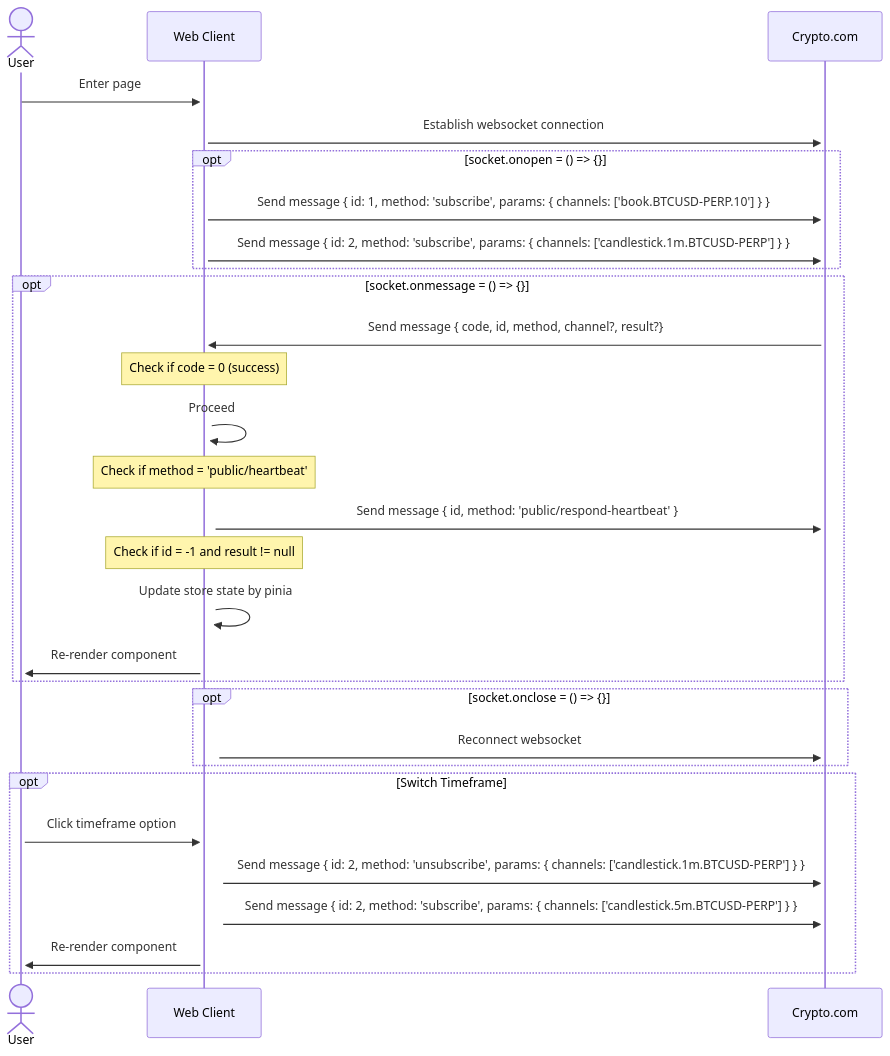
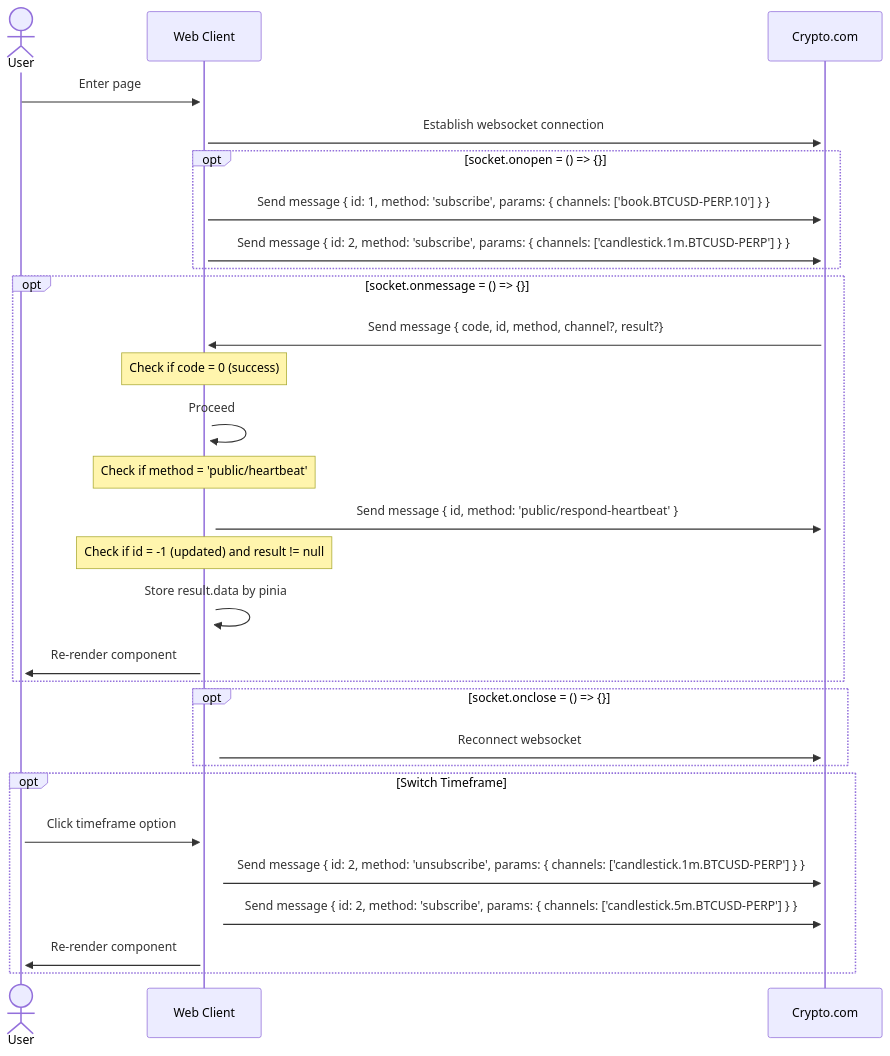
The diagram in README.md (YuAnWu0000/cryptoExchange), drawn with Mermaid before and after one commit.

Commit message:
UPDATE: Websocket flow chart in README.md

````diff
--- a/README.md
+++ b/README.md
@@ -11,31 +11,31 @@
 ```mermaid
 sequenceDiagram
   actor User
   participant Web Client
   participant Crypto.com
   User ->>+ Web Client: Enter page
   Web Client ->>+ Crypto.com: Establish websocket connection
   opt socket.onopen = () => {}
   Web Client->>+ Crypto.com: Send message { id: 1, method: 'subscribe', params: { channels: ['book.BTCUSD-PERP.10'] } }
   Web Client->>+ Crypto.com: Send message { id: 2, method: 'subscribe', params: { channels: ['candlestick.1m.BTCUSD-PERP'] } }
   end
   opt socket.onmessage = () => {}
   Crypto.com->>+ Web Client: Send message { code, id, method, channel?, result?}
   Note over Web Client: Check if code = 0 (success)
   Web Client->>+ Web Client: Proceed
   Note over Web Client: Check if method = 'public/heartbeat'
   Web Client->>+ Crypto.com: Send message { id, method: 'public/respond-heartbeat' }
-  Note over Web Client: Check if id = -1 and result != null
-  Web Client->>+ Web Client: Update store state by pinia
+  Note over Web Client: Check if id = -1 (updated) and result != null
+  Web Client->>+ Web Client: Store result.data by pinia
   Web Client->>+ User: Re-render component
   end
   opt socket.onclose = () => {}
   Web Client->>+ Crypto.com: Reconnect websocket
   end
   opt Switch Timeframe
   User->>+ Web Client: Click timeframe option
   Web Client->>+ Crypto.com: Send message { id: 2, method: 'unsubscribe', params: { channels: ['candlestick.1m.BTCUSD-PERP'] } }
   Web Client->>+ Crypto.com: Send message { id: 2, method: 'subscribe', params: { channels: ['candlestick.5m.BTCUSD-PERP'] } }
   Web Client->>+ User: Re-render component
   end
 ```
````
